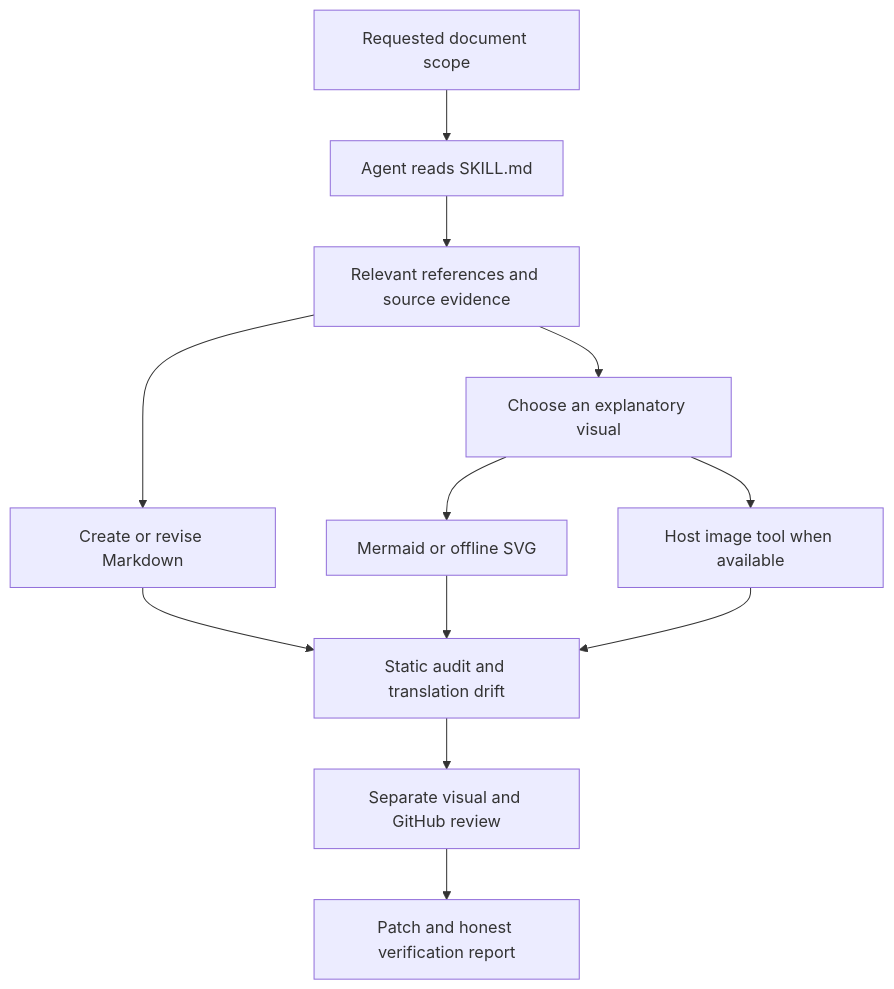
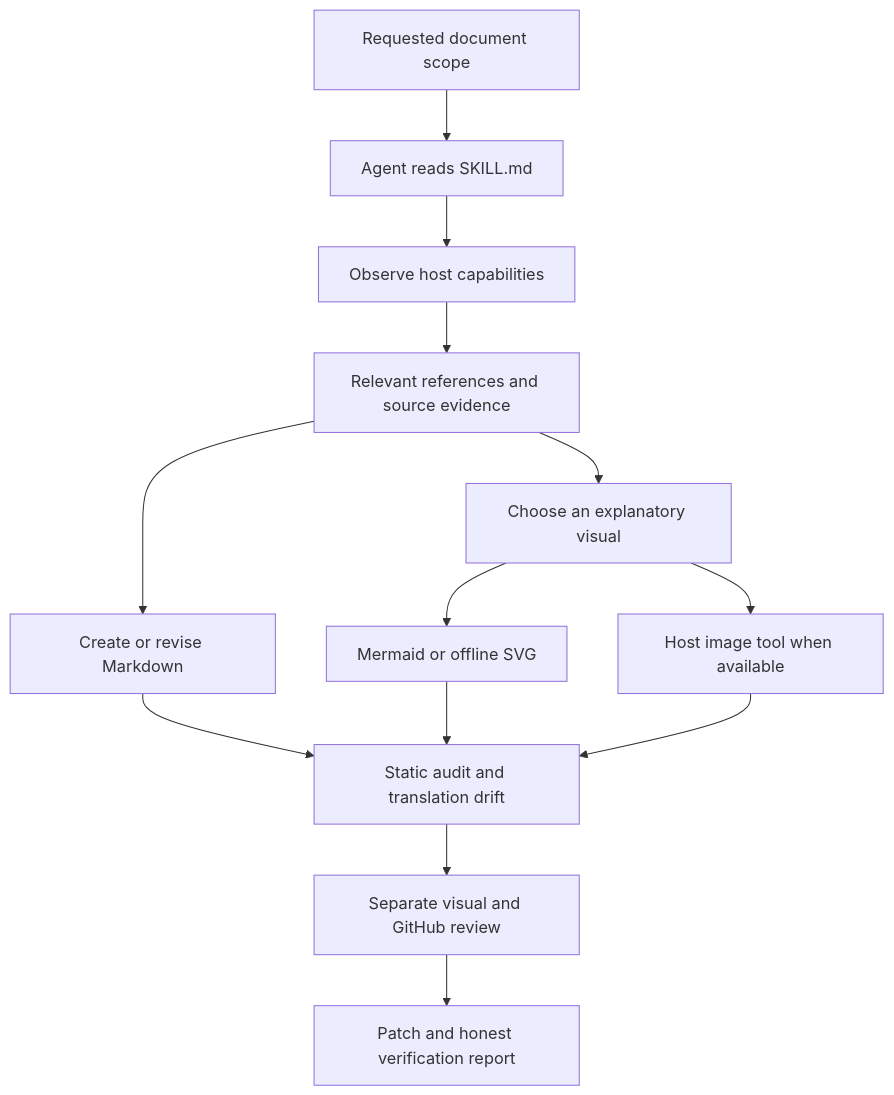
Before and after one commit to whale-devx/github-markdown-studio-skills: the diagram in docs/architecture.md, drawn with Mermaid. The commit also changed other lines of this file and 12 other files, not shown here.

````diff
--- a/docs/architecture.md
+++ b/docs/architecture.md
@@ -9,14 +9,15 @@
 ```mermaid
 flowchart TD
     A[Requested document scope] --> B[Agent reads SKILL.md]
-    B --> C[Relevant references and source evidence]
+    B --> K[Observe host capabilities]
+    K --> C[Relevant references and source evidence]
     C --> D[Create or revise Markdown]
     C --> E[Choose an explanatory visual]
     E --> F[Mermaid or offline SVG]
     E --> G[Host image tool when available]
     D --> H[Static audit and translation drift]
     F --> H
     G --> H
     H --> I[Separate visual and GitHub review]
     I --> J[Patch and honest verification report]
 ```
````
